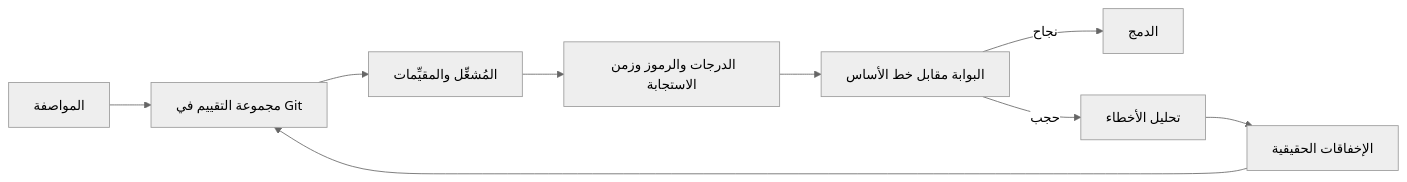
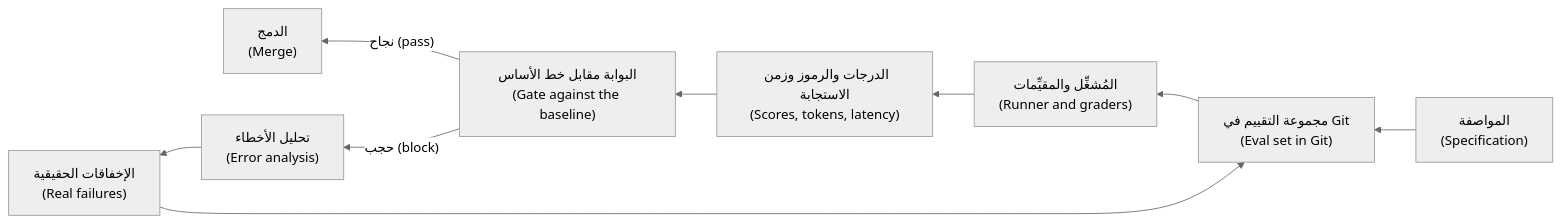
One commit to Tamoura/system-design-for-vibe-coders changed the diagram in aiapps/modules/12-evaluation.ar.md. Above: the diagram before and after it, drawn with Mermaid (neutral theme). The commit also changed 17 other files, not shown here.

First line of the commit message:
AI applications & agents: Arabic edition complete (RTL diagrams, diagram glosses, translated 60-question exam)

````diff
--- a/aiapps/modules/12-evaluation.ar.md
+++ b/aiapps/modules/12-evaluation.ar.md
@@ -53,11 +53,11 @@
 ```mermaid
-flowchart LR
-    S["المواصفة"] --> D["مجموعة التقييم في Git"]
-    F["الإخفاقات الحقيقية"] --> D
-    D --> R["المُشغِّل والمقيِّمات"]
-    R --> X["الدرجات والرموز وزمن الاستجابة"]
-    X --> G["البوابة مقابل خط الأساس"]
-    G -->|"نجاح"| M["الدمج"]
-    G -->|"حجب"| E["تحليل الأخطاء"]
+flowchart RL
+    S["المواصفة<br/>(Specification)"] --> D["مجموعة التقييم في Git<br/>(Eval set in Git)"]
+    F["الإخفاقات الحقيقية<br/>(Real failures)"] --> D
+    D --> R["المُشغِّل والمقيِّمات<br/>(Runner and graders)"]
+    R --> X["الدرجات والرموز وزمن الاستجابة<br/>(Scores, tokens, latency)"]
+    X --> G["البوابة مقابل خط الأساس<br/>(Gate against the baseline)"]
+    G -->|"نجاح (pass)"| M["الدمج<br/>(Merge)"]
+    G -->|"حجب (block)"| E["تحليل الأخطاء<br/>(Error analysis)"]
     E --> F
 ```
````
